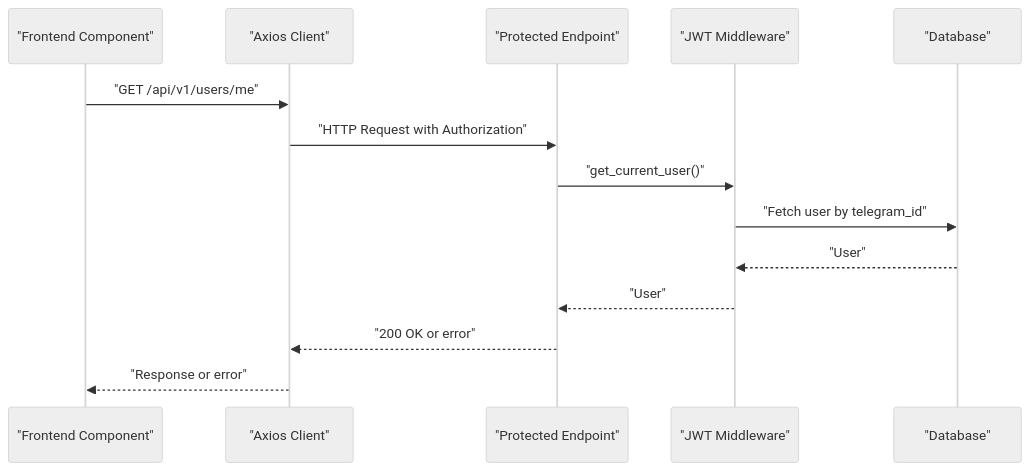
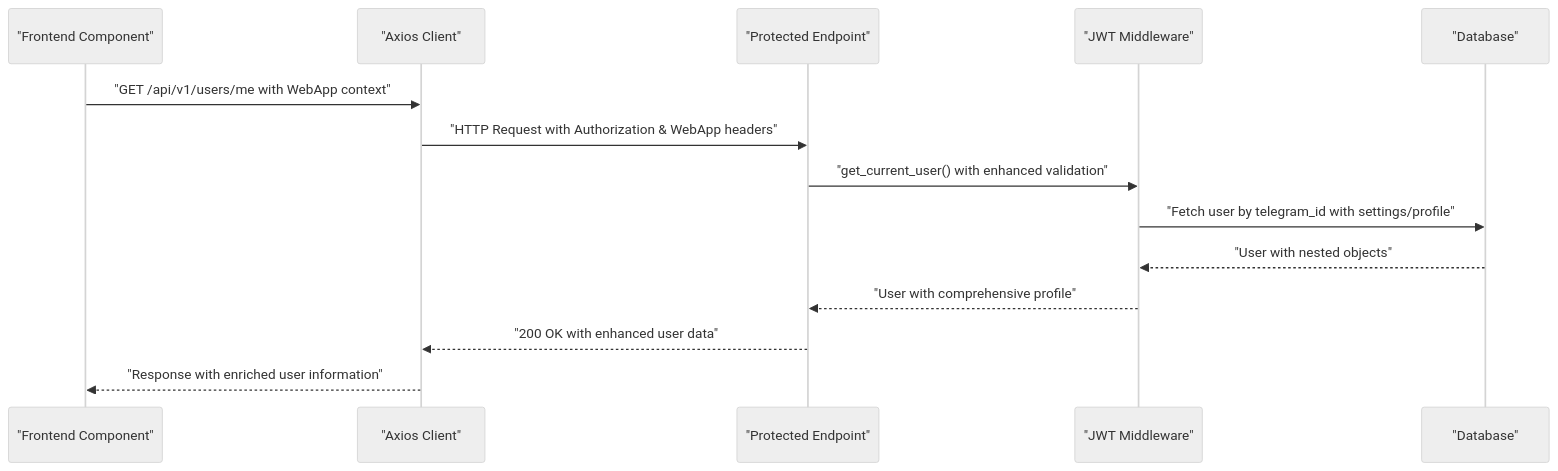
The fourth of 7 diagrams in .qoder/repowiki/en/content/Architecture & Design/Component Interactions.md (nilsnavi/fit_trackerpro), drawn with Mermaid (neutral theme) before and after one commit. The commit also changed other lines of this file and 26 other files, not shown here.

````diff
--- a/.qoder/repowiki/en/content/Architecture & Design/Component Interactions.md
+++ b/.qoder/repowiki/en/content/Architecture & Design/Component Interactions.md
@@ -215,16 +258,16 @@
 ```mermaid
 sequenceDiagram
 participant FE as "Frontend Component"
 participant AX as "Axios Client"
 participant API as "Protected Endpoint"
 participant JWT as "JWT Middleware"
 participant DB as "Database"
-FE->>AX : "GET /api/v1/users/me"
-AX->>API : "HTTP Request with Authorization"
-API->>JWT : "get_current_user()"
-JWT->>DB : "Fetch user by telegram_id"
-DB-->>JWT : "User"
-JWT-->>API : "User"
-API-->>AX : "200 OK or error"
-AX-->>FE : "Response or error"
+FE->>AX : "GET /api/v1/users/me with WebApp context"
+AX->>API : "HTTP Request with Authorization & WebApp headers"
+API->>JWT : "get_current_user() with enhanced validation"
+JWT->>DB : "Fetch user by telegram_id with settings/profile"
+DB-->>JWT : "User with nested objects"
+JWT-->>API : "User with comprehensive profile"
+API-->>AX : "200 OK with enhanced user data"
+AX-->>FE : "Response with enriched user information"
 ```
````
